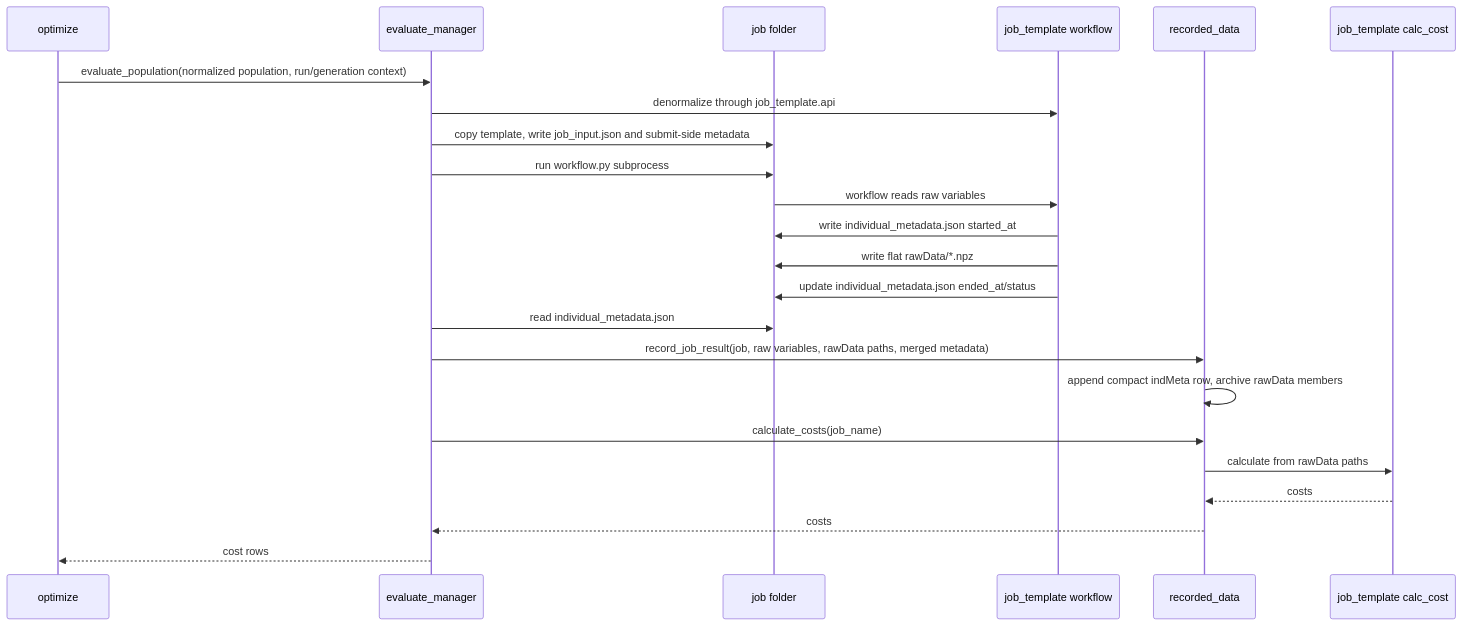
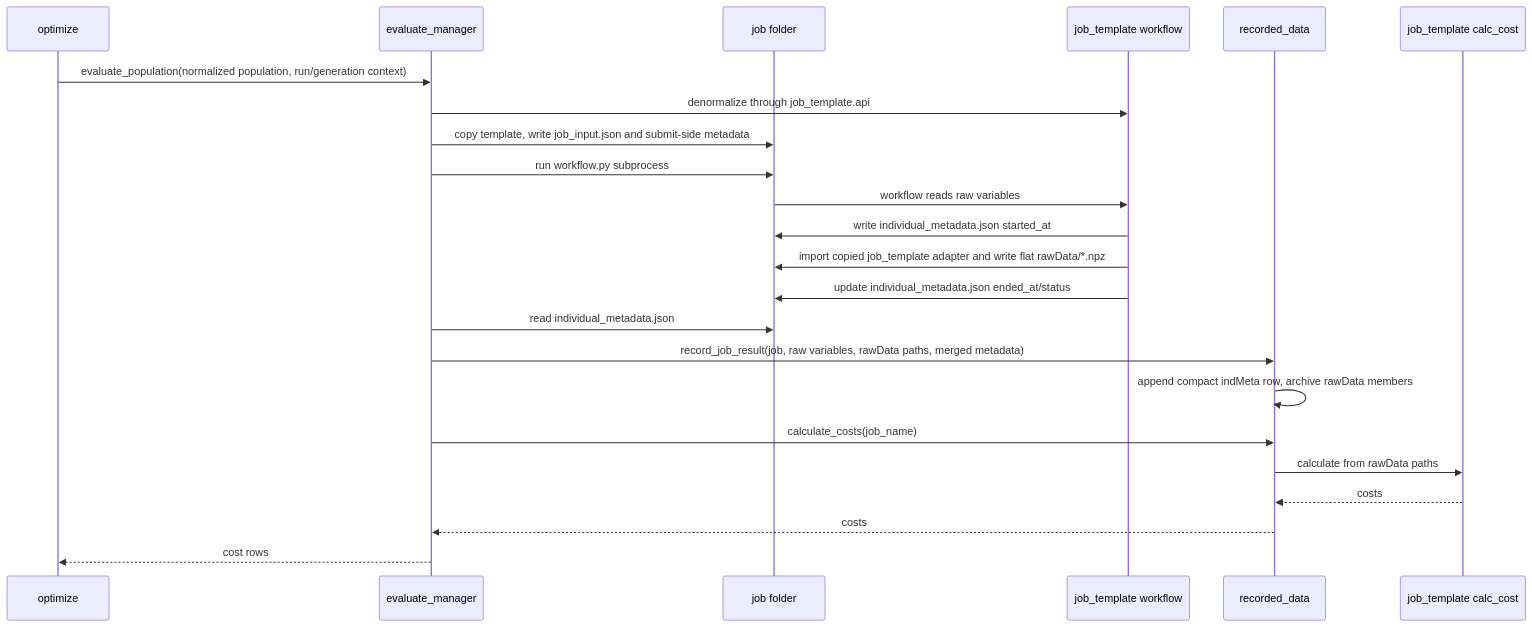
The first of 3 diagrams in dev_doc/architecture/4plus1_process_view.md (YS-Pan/yadof), drawn with Mermaid before and after one commit. The commit also changed other lines of this file and 38 other files, not shown here.

````diff
--- a/dev_doc/architecture/4plus1_process_view.md
+++ b/dev_doc/architecture/4plus1_process_view.md
@@ -5,26 +5,26 @@
 ```mermaid
 sequenceDiagram
     participant O as optimize
     participant E as evaluate_manager
     participant J as job folder
     participant T as job_template workflow
     participant R as recorded_data
     participant C as job_template calc_cost
 
     O->>E: evaluate_population(normalized population, run/generation context)
     E->>T: denormalize through job_template.api
     E->>J: copy template, write job_input.json and submit-side metadata
     E->>J: run workflow.py subprocess
     J->>T: workflow reads raw variables
     T->>J: write individual_metadata.json started_at
-    T->>J: write flat rawData/*.npz
+    T->>J: import copied job_template adapter and write flat rawData/*.npz
     T->>J: update individual_metadata.json ended_at/status
     E->>J: read individual_metadata.json
     E->>R: record_job_result(job, raw variables, rawData paths, merged metadata)
     R->>R: append compact indMeta row, archive rawData members
     E->>R: calculate_costs(job_name)
     R->>C: calculate from rawData paths
     C-->>R: costs
     R-->>E: costs
     E-->>O: cost rows
 ```
````
